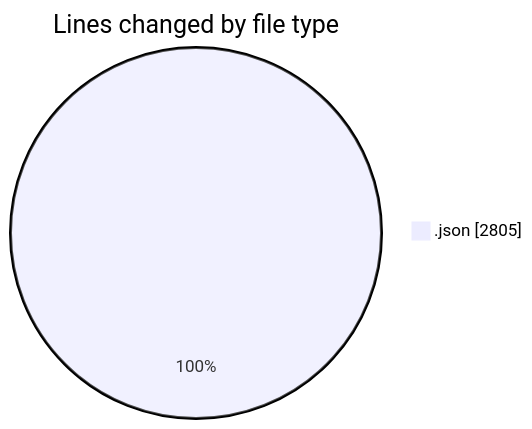
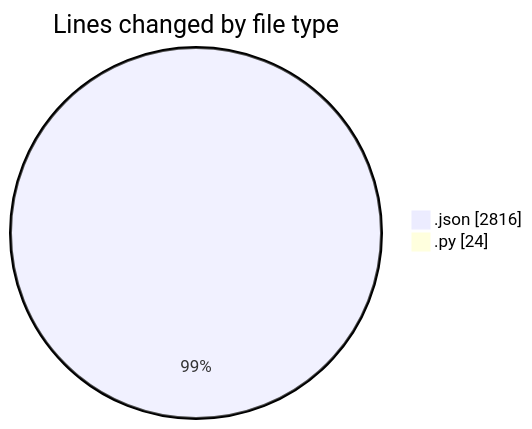
Before and after one commit to EIIisD/code-tracking: the first of 2 diagrams in 2025-08-07/_claude/README.md, drawn with Mermaid. The commit also changed other lines of this file and 1 other file, not shown here.

````diff
--- a/2025-08-07/_claude/README.md
+++ b/2025-08-07/_claude/README.md
@@ -21,5 +22,6 @@
 ```mermaid
 pie showData
 title Lines changed by file type
-".json" : 2805
+".json" : 2816
+".py" : 24
 ```
````
